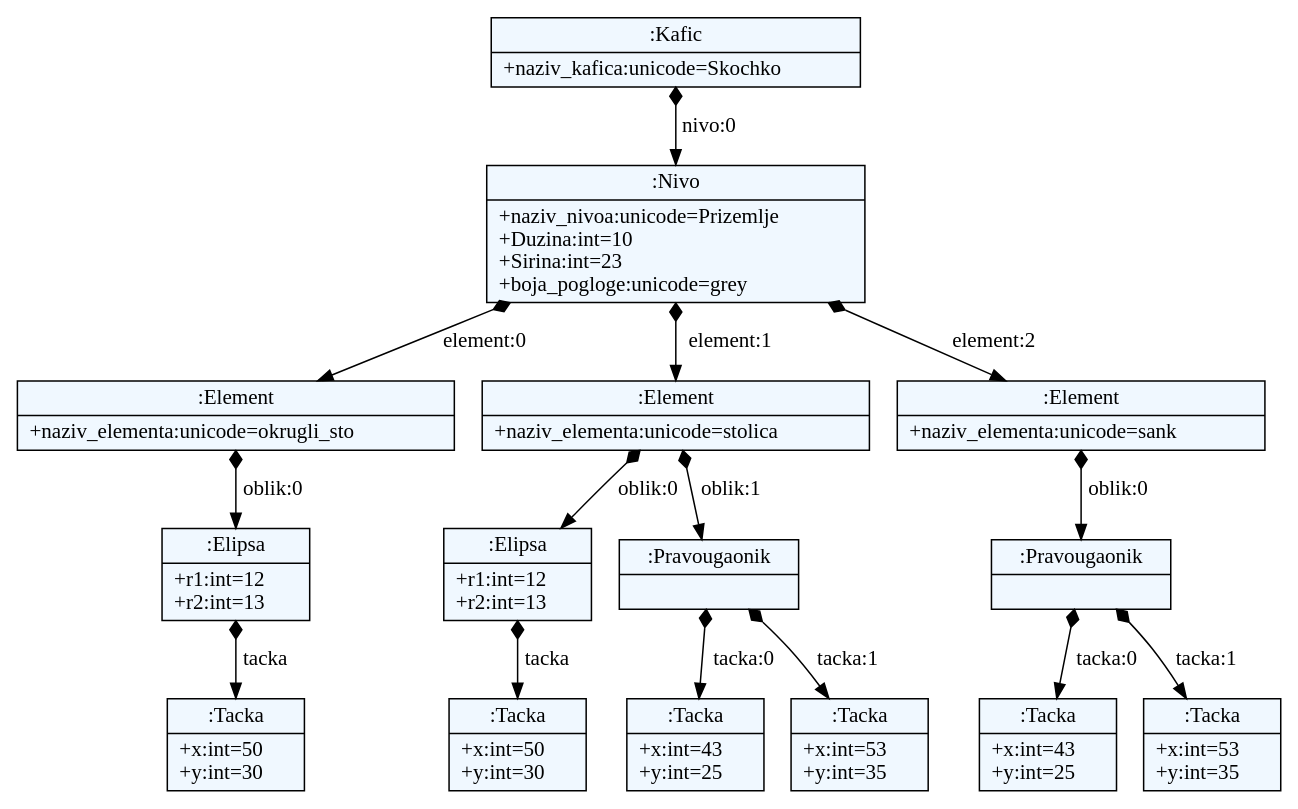
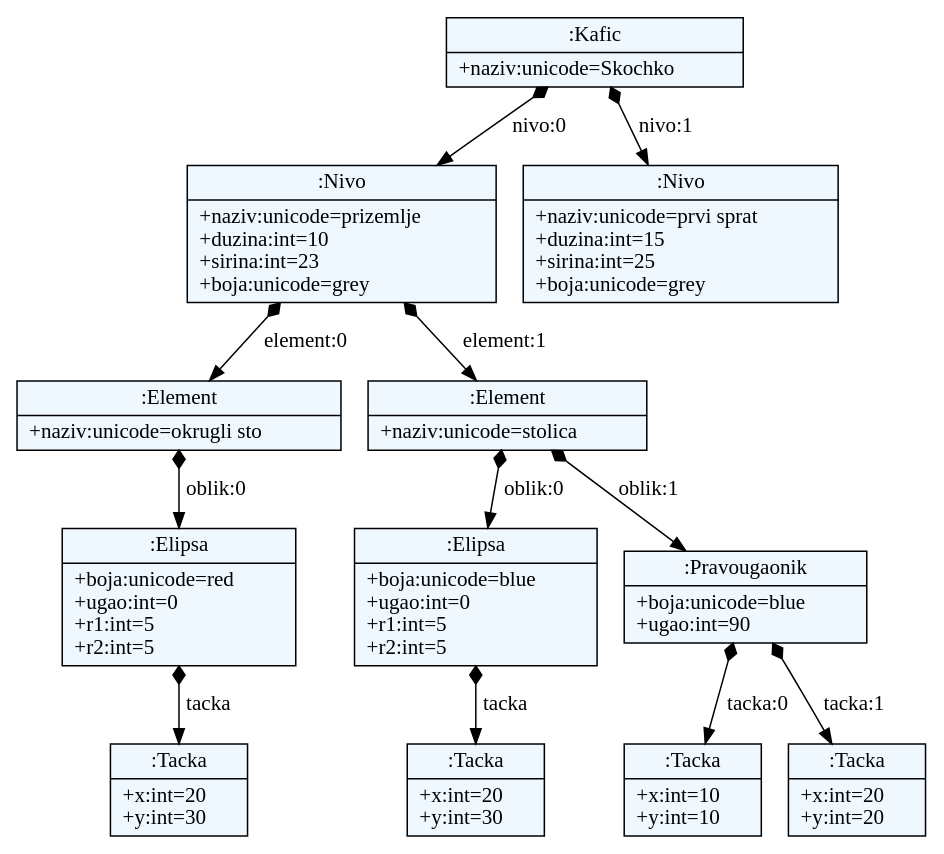
One commit to 0xMilica/JSDGenerator changed the diagram in JSDProject/language/model.dot. Above: the diagram before and after it, drawn with Graphviz. The commit also changed 6 other files, not shown here.

Commit message:
Dodati boja i ugao kao atributi za oblik, i promenjeno da kafic ima 1 ili vise nivoa (makar prizemlje)

```diff
--- a/JSDProject/language/model.dot
+++ b/JSDProject/language/model.dot
@@ -1,43 +1,37 @@
 
     digraph xtext {
     fontname = "Bitstream Vera Sans"
     fontsize = 8
     node[
         shape=record,
         style=filled,
         fillcolor=aliceblue
     ]
     edge[dir=black,arrowtail=empty]
 
 
-48121728 -> 52398176 [label="nivo:0" arrowtail=diamond dir=both]
-52398176 -> 52588952 [label="element:0" arrowtail=diamond dir=both]
-52588952 -> 52589680 [label="oblik:0" arrowtail=diamond dir=both]
-52589680 -> 52589792 [label="tacka" arrowtail=diamond dir=both]
-52589792[label="{:Tacka|+x:int=50\l+y:int=30\l}"]
-52589680[label="{:Elipsa|+r1:int=12\l+r2:int=13\l}"]
-52588952[label="{:Element|+naziv_elementa:unicode=okrugli_sto\l}"]
-52398176 -> 52589008 [label="element:1" arrowtail=diamond dir=both]
-52589008 -> 52589848 [label="oblik:0" arrowtail=diamond dir=both]
-52589848 -> 52589960 [label="tacka" arrowtail=diamond dir=both]
-52589960[label="{:Tacka|+x:int=50\l+y:int=30\l}"]
-52589848[label="{:Elipsa|+r1:int=12\l+r2:int=13\l}"]
-52589008 -> 52589904 [label="oblik:1" arrowtail=diamond dir=both]
-52589904 -> 52590128 [label="tacka:0" arrowtail=diamond dir=both]
-52590128[label="{:Tacka|+x:int=43\l+y:int=25\l}"]
-52589904 -> 52590184 [label="tacka:1" arrowtail=diamond dir=both]
-52590184[label="{:Tacka|+x:int=53\l+y:int=35\l}"]
-52589904[label="{:Pravougaonik|}"]
-52589008[label="{:Element|+naziv_elementa:unicode=stolica\l}"]
-52398176 -> 52589568 [label="element:2" arrowtail=diamond dir=both]
-52589568 -> 52590072 [label="oblik:0" arrowtail=diamond dir=both]
-52590072 -> 52590352 [label="tacka:0" arrowtail=diamond dir=both]
-52590352[label="{:Tacka|+x:int=43\l+y:int=25\l}"]
-52590072 -> 52590408 [label="tacka:1" arrowtail=diamond dir=both]
-52590408[label="{:Tacka|+x:int=53\l+y:int=35\l}"]
-52590072[label="{:Pravougaonik|}"]
-52589568[label="{:Element|+naziv_elementa:unicode=sank\l}"]
-52398176[label="{:Nivo|+naziv_nivoa:unicode=Prizemlje\l+Duzina:int=10\l+Sirina:int=23\l+boja_pogloge:unicode=grey\l}"]
-48121728[label="{:Kafic|+naziv_kafica:unicode=Skochko\l}"]
+47966584 -> 52328096 [label="nivo:0" arrowtail=diamond dir=both]
+52328096 -> 52328264 [label="element:0" arrowtail=diamond dir=both]
+52328264 -> 52328432 [label="oblik:0" arrowtail=diamond dir=both]
+52328432 -> 52328544 [label="tacka" arrowtail=diamond dir=both]
+52328544[label="{:Tacka|+x:int=20\l+y:int=30\l}"]
+52328432[label="{:Elipsa|+boja:unicode=red\l+ugao:int=0\l+r1:int=5\l+r2:int=5\l}"]
+52328264[label="{:Element|+naziv:unicode=okrugli sto\l}"]
+52328096 -> 52328320 [label="element:1" arrowtail=diamond dir=both]
+52328320 -> 52328600 [label="oblik:0" arrowtail=diamond dir=both]
+52328600 -> 52328712 [label="tacka" arrowtail=diamond dir=both]
+52328712[label="{:Tacka|+x:int=20\l+y:int=30\l}"]
+52328600[label="{:Elipsa|+boja:unicode=blue\l+ugao:int=0\l+r1:int=5\l+r2:int=5\l}"]
+52328320 -> 52328656 [label="oblik:1" arrowtail=diamond dir=both]
+52328656 -> 52328880 [label="tacka:0" arrowtail=diamond dir=both]
+52328880[label="{:Tacka|+x:int=10\l+y:int=10\l}"]
+52328656 -> 52328936 [label="tacka:1" arrowtail=diamond dir=both]
+52328936[label="{:Tacka|+x:int=20\l+y:int=20\l}"]
+52328656[label="{:Pravougaonik|+boja:unicode=blue\l+ugao:int=90\l}"]
+52328320[label="{:Element|+naziv:unicode=stolica\l}"]
+52328096[label="{:Nivo|+naziv:unicode=prizemlje\l+duzina:int=10\l+sirina:int=23\l+boja:unicode=grey\l}"]
+47966584 -> 52328152 [label="nivo:1" arrowtail=diamond dir=both]
+52328152[label="{:Nivo|+naziv:unicode=prvi sprat\l+duzina:int=15\l+sirina:int=25\l+boja:unicode=grey\l}"]
+47966584[label="{:Kafic|+naziv:unicode=Skochko\l}"]
 
 }
```
